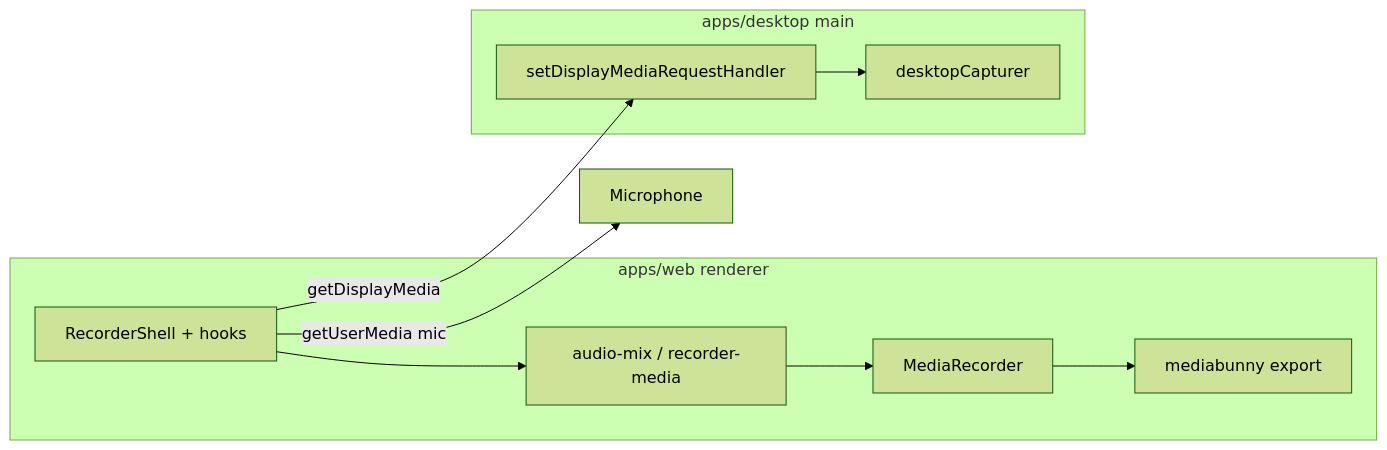
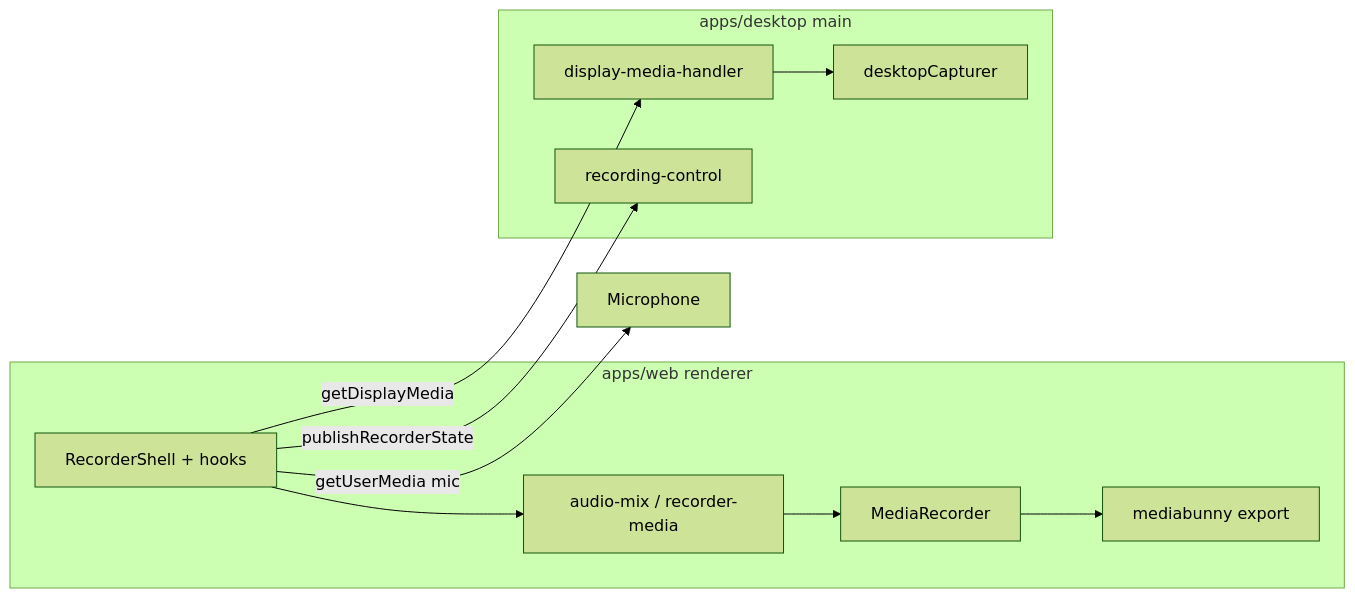
One commit to pranavgoel29/ceer changed the second of 2 diagrams in README.md. Above: the diagram before and after it, drawn with Mermaid (forest theme). The commit also changed other lines of this file, not shown here.

First line of the commit message:
Update README.md to enhance clarity on desktop and browser recording features

````diff
--- a/README.md
+++ b/README.md
@@ -121,19 +140,21 @@
 ```mermaid
 flowchart LR
   subgraph renderer [apps/web renderer]
     UI[RecorderShell + hooks]
     Mix[audio-mix / recorder-media]
     MR[MediaRecorder]
     UI --> Mix --> MR
     MR --> Export[mediabunny export]
   end
 
   subgraph main [apps/desktop main]
-    DM[setDisplayMediaRequestHandler]
+    DMH[display-media-handler]
     DC[desktopCapturer]
-    DM --> DC
+    RC[recording-control]
+    DMH --> DC
   end
 
-  UI -->|getDisplayMedia| DM
+  UI -->|getDisplayMedia| DMH
   UI -->|getUserMedia mic| Mic[Microphone]
+  UI -->|publishRecorderState| RC
 ```
````
